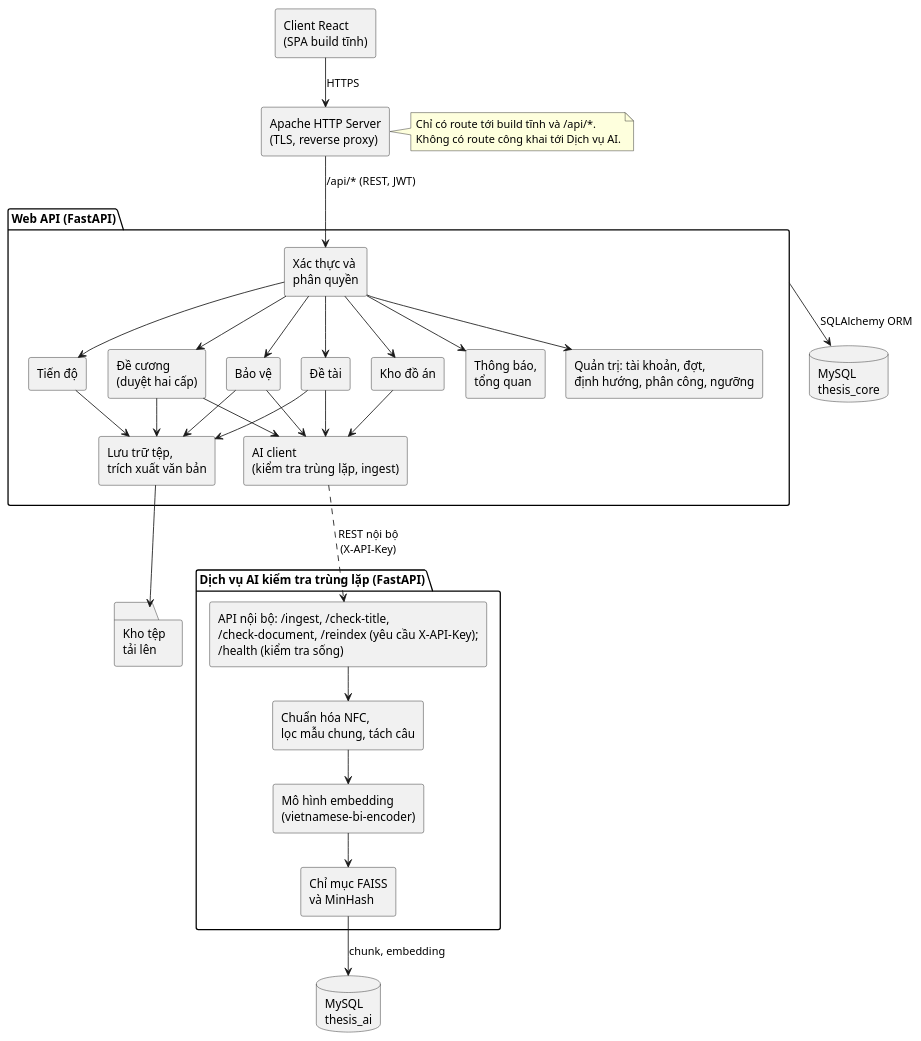
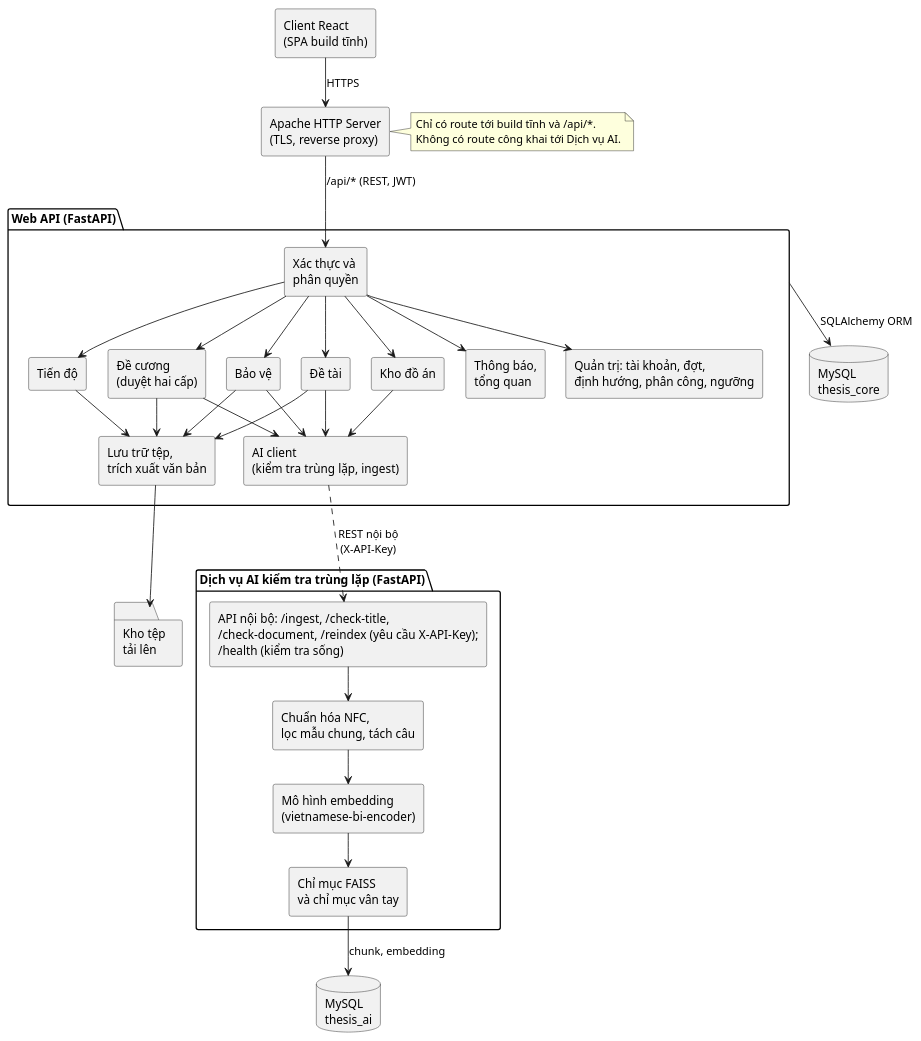
Before and after one commit to dtc235200036-alt/ICTU-DATN-NguyenThiMaiAnh: the diagram in docs/chuong-3-thiet-ke/kien-truc/component.puml, drawn with PlantUML. The commit also changed 46 other files, not shown here.

Commit message:
docs: cập nhật tài liệu, sơ đồ và báo cáo LaTeX theo tín hiệu vân tay và ngưỡng tổng

```diff
--- a/docs/chuong-3-thiet-ke/kien-truc/component.puml
+++ b/docs/chuong-3-thiet-ke/kien-truc/component.puml
@@ -1,66 +1,66 @@
 @startuml component
 skinparam componentStyle rectangle
 skinparam nodesep 25
 skinparam ranksep 40
 
 component "Client React\n(SPA build tĩnh)" as Client
 component "Apache HTTP Server\n(TLS, reverse proxy)" as Apache
 
 package "Web API (FastAPI)" as WA {
   component "Xác thực và\nphân quyền" as WA_Auth
   component "Quản trị: tài khoản, đợt,\nđịnh hướng, phân công, ngưỡng" as WA_QuanTri
   component "Đề tài" as WA_DeTai
   component "Đề cương\n(duyệt hai cấp)" as WA_DeCuong
   component "Tiến độ" as WA_TienDo
   component "Bảo vệ" as WA_BaoVe
   component "Kho đồ án" as WA_Kho
   component "Thông báo,\ntổng quan" as WA_ThongBao
   component "Lưu trữ tệp,\ntrích xuất văn bản" as WA_Storage
   component "AI client\n(kiểm tra trùng lặp, ingest)" as WA_AIClient
 }
 
 package "Dịch vụ AI kiểm tra trùng lặp (FastAPI)" {
   component "API nội bộ: /ingest, /check-title,\n/check-document, /reindex (yêu cầu X-API-Key);\n/health (kiểm tra sống)" as AI_API
   component "Chuẩn hóa NFC,\nlọc mẫu chung, tách câu" as AI_NLP
   component "Mô hình embedding\n(vietnamese-bi-encoder)" as AI_Embed
-  component "Chỉ mục FAISS\nvà MinHash" as AI_Index
+  component "Chỉ mục FAISS\nvà chỉ mục vân tay" as AI_Index
 }
 
 database "MySQL\nthesis_core" as DB_core
 database "MySQL\nthesis_ai" as DB_ai
 folder "Kho tệp\ntải lên" as FileStore
 
 Client --> Apache : HTTPS
 Apache --> WA_Auth : "/api/* (REST, JWT)"
 WA_Auth --> WA_QuanTri
 WA_Auth --> WA_DeTai
 WA_Auth --> WA_DeCuong
 WA_Auth --> WA_TienDo
 WA_Auth --> WA_BaoVe
 WA_Auth --> WA_Kho
 WA_Auth --> WA_ThongBao
 
 WA_DeTai --> WA_AIClient
 WA_DeCuong --> WA_AIClient
 WA_BaoVe --> WA_AIClient
 WA_Kho --> WA_AIClient
 WA_DeTai --> WA_Storage
 WA_DeCuong --> WA_Storage
 WA_TienDo --> WA_Storage
 WA_BaoVe --> WA_Storage
 WA_Storage --> FileStore
 
 WA_AIClient ..> AI_API : "REST nội bộ\n(X-API-Key)"
 AI_API --> AI_NLP
 AI_NLP --> AI_Embed
 AI_Embed --> AI_Index
 AI_Index --> DB_ai : "chunk, embedding"
 
 WA --> DB_core : "SQLAlchemy ORM"
 
 note right of Apache
   Chỉ có route tới build tĩnh và /api/*.
   Không có route công khai tới Dịch vụ AI.
 end note
 
 @enduml
```
